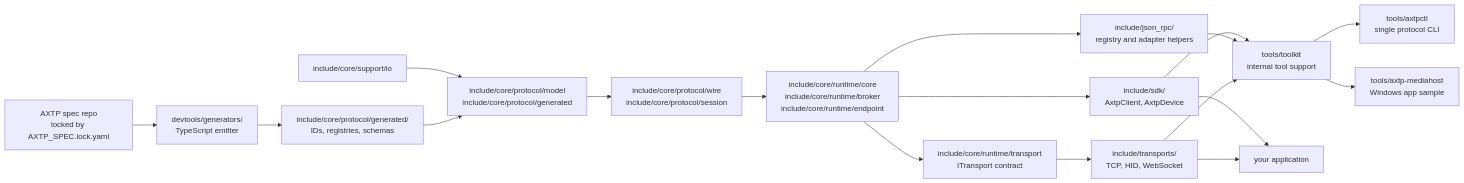
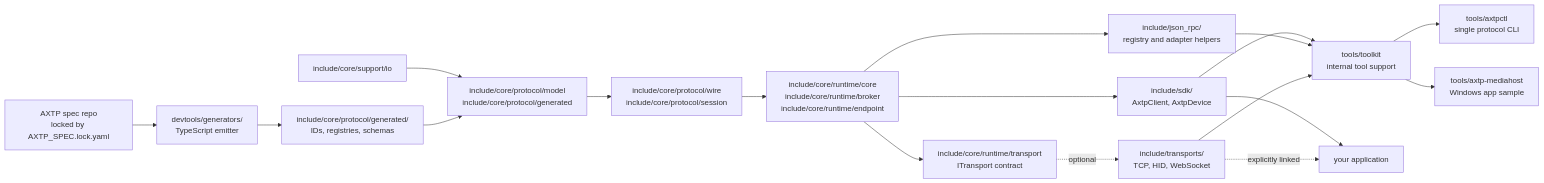
Before and after one commit to Mostorm-Labs/axtp-cpp-runtime: the diagram in README.md, drawn with Mermaid. The commit also changed other lines of this file and 15 other files, not shown here.

````diff
--- a/README.md
+++ b/README.md
@@ -12,24 +12,24 @@
 ```mermaid
 flowchart LR
     Spec["AXTP spec repo\nlocked by AXTP_SPEC.lock.yaml"] --> Generators["devtools/generators/\nTypeScript emitter"]
     Generators --> Generated["include/core/protocol/generated/\nIDs, registries, schemas"]
 
     Support["include/core/support/io"] --> Protocol["include/core/protocol/model\ninclude/core/protocol/generated"]
     Generated --> Protocol
     Protocol --> Wire["include/core/protocol/wire\ninclude/core/protocol/session"]
     Wire --> Runtime["include/core/runtime/core\ninclude/core/runtime/broker\ninclude/core/runtime/endpoint"]
     Runtime --> SDK["include/sdk/\nAxtpClient, AxtpDevice"]
 
     Runtime --> TransportApi["include/core/runtime/transport\nITransport contract"]
-    TransportApi --> ConcreteTransports["include/transports/\nTCP, HID, WebSocket"]
+    TransportApi -. optional .-> ConcreteTransports["include/transports/\nTCP, HID, WebSocket"]
 
     Runtime --> JsonRpc["include/json_rpc/\nregistry and adapter helpers"]
     SDK --> Toolkit["tools/toolkit\ninternal tool support"]
     JsonRpc --> Toolkit
     ConcreteTransports --> Toolkit
     Toolkit --> Axtpctl["tools/axtpctl\nsingle protocol CLI"]
     Toolkit --> MediaHost["tools/axtp-mediahost\nWindows app sample"]
 
     SDK --> Apps["your application"]
-    ConcreteTransports --> Apps
+    ConcreteTransports -. explicitly linked .-> Apps
 ```
````
